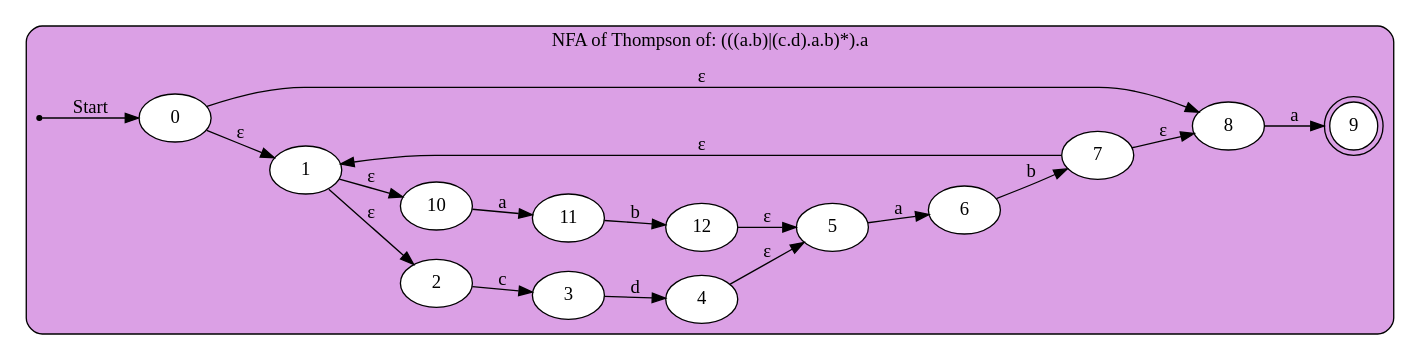
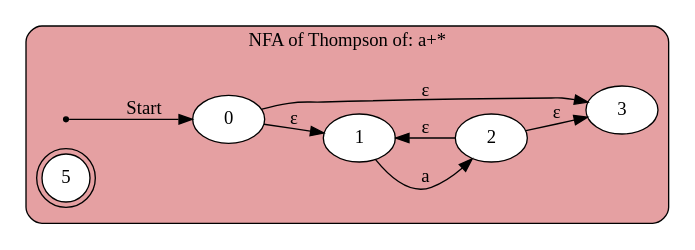
Before and after one commit to Andresrodart/Practicas: the diagram in Compiladores/digraph finite_state_machine.dot, drawn with Graphviz. The commit also changed 5 other files, not shown here.

```diff
--- a/Compiladores/digraph finite_state_machine.dot
+++ b/Compiladores/digraph finite_state_machine.dot
@@ -1,30 +1,20 @@
 digraph finite_state_machine{
     rankdir=LR;
     subgraph cluster{
         style = "rounded,filled";
         color = "#000000";
-        fillcolor = "0.809 0.3 0.9";
+        fillcolor = "0.995 0.3 0.9";
         node [shape = point ] qi;
-        node [style = "rounded,filled", color = "#000000", fillcolor = white, shape = doublecircle] 9;
+        node [style = "rounded,filled", color = "#000000", fillcolor = white, shape = doublecircle] 5;
         node [style = "rounded,filled", color = "#000000", fillcolor = white, shape="oval"];
-        qi -> 0 [ label = "Start" ];
+qi -> 0 [ label = "Start" ];
         0 -> 1 [ label = "&epsilon;" ];
-        0 -> 8 [ label = "&epsilon;" ];
-        1 -> 2 [ label = "&epsilon;" ];
-        1 -> 10 [ label = "&epsilon;" ];
-        2 -> 3 [ label = "c" ];
-        3 -> 4 [ label = "d" ];
-        4 -> 5 [ label = "&epsilon;" ];
-        5 -> 6 [ label = "a" ];
-        6 -> 7 [ label = "b" ];
-        7 -> 8 [ label = "&epsilon;" ];
-        7 -> 1 [ label = "&epsilon;" ];
-        8 -> 9 [ label = "a" ];
-        10 -> 11 [ label = "a" ];
-        11 -> 12 [ label = "b" ];
-        12 -> 5 [ label = "&epsilon;" ];
-        label = "NFA of Thompson of: (((a.b)|(c.d).a.b)*).a";
+        0 -> 3 [ label = "&epsilon;" ];
+        1 -> 2 [ label = "a" ];
+        2 -> 3 [ label = "&epsilon;" ];
+        2 -> 1 [ label = "&epsilon;" ];
+        label = "NFA of Thompson of: a+*";
     }
 }
 //dot -Tpng elemplo.gv > salida.png
 //((struct Thompson *)0xb34f90)->expression
```
